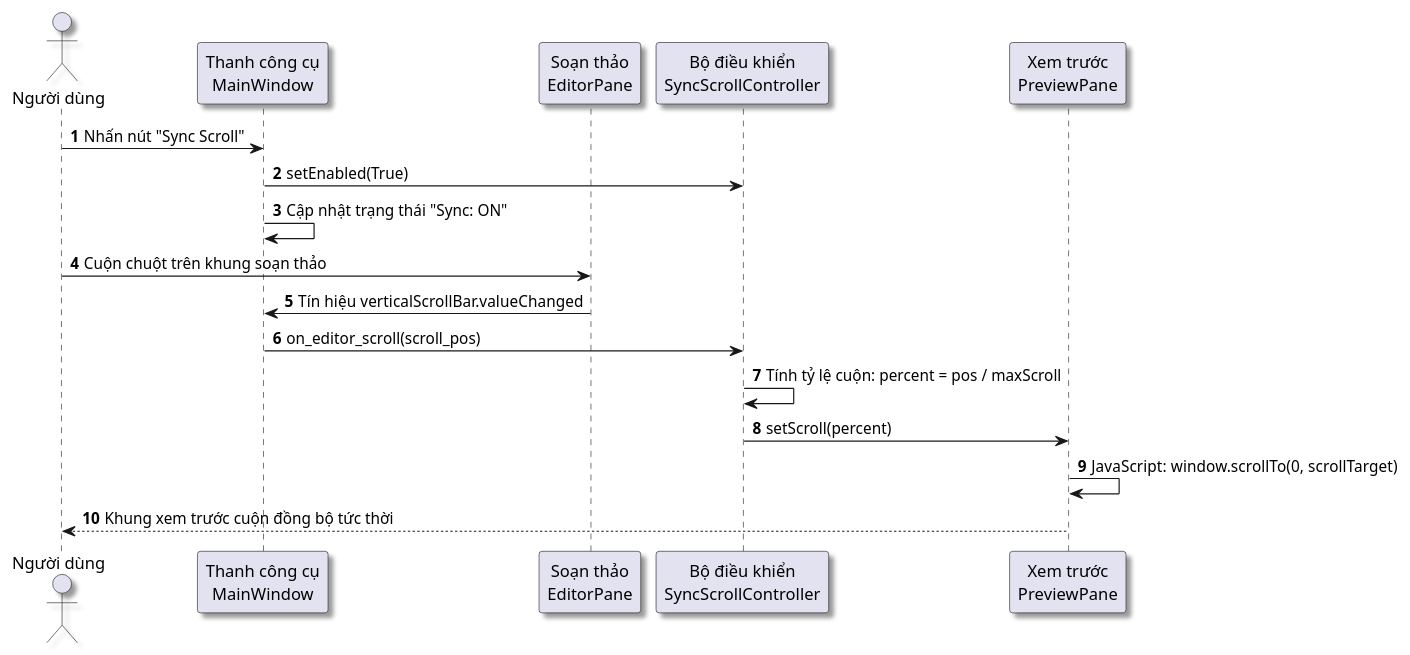
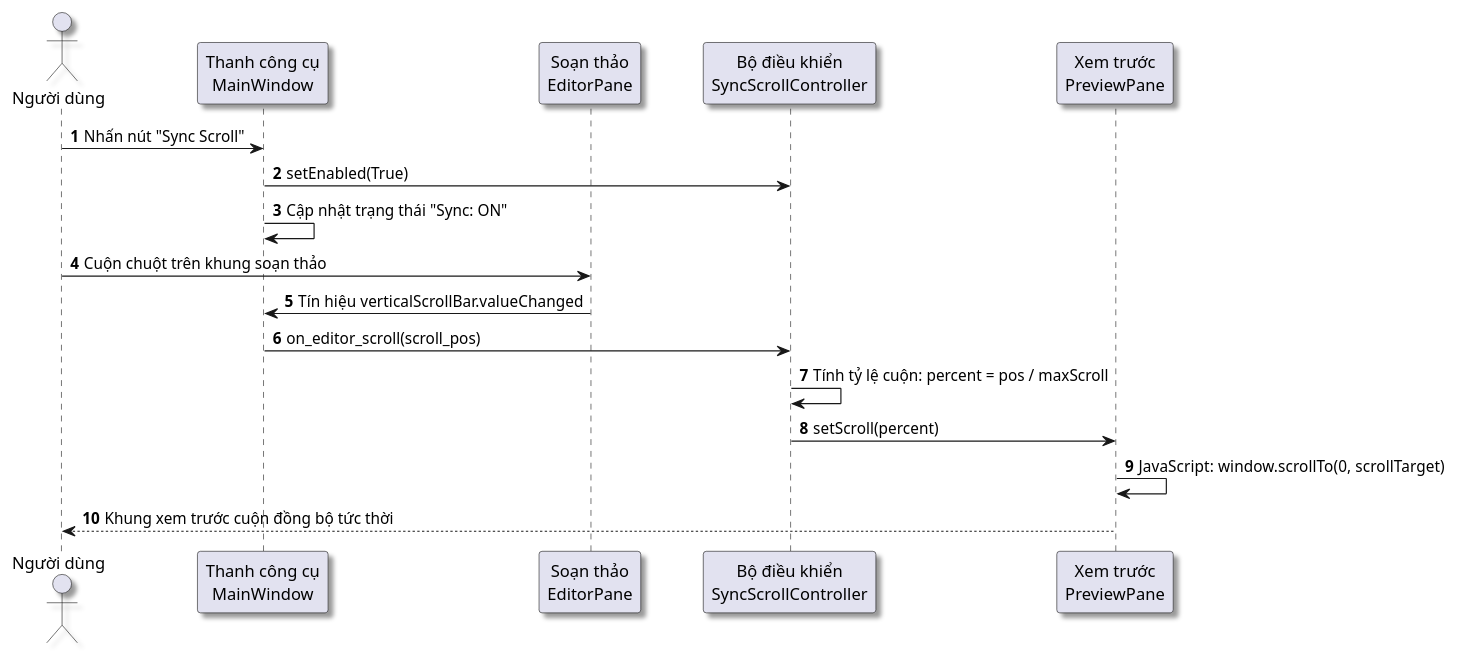
One commit to dotlinux26/marknote changed the diagram in docs/diagrams/seq_sync_scroll.puml. Above: the diagram before and after it, drawn with PlantUML. The commit also changed 27 other files, not shown here.

Commit message:
fix(diagrams): remove deprecated skinparam and resolve label collisions in ERD

```diff
--- a/docs/diagrams/seq_sync_scroll.puml
+++ b/docs/diagrams/seq_sync_scroll.puml
@@ -1,24 +1,27 @@
 @startuml
 skinparam defaultFontName "Segoe UI"
 skinparam shadowing true
+skinparam responseMessageBelowArrow true
+skinparam ParticipantPadding 20
+skinparam BoxPadding 15
 
 autonumber
 actor "Người dùng" as User
 participant "Thanh công cụ\nMainWindow" as GUI
 participant "Soạn thảo\nEditorPane" as Editor
 participant "Bộ điều khiển\nSyncScrollController" as Sync
 participant "Xem trước\nPreviewPane" as Preview
 
 User -> GUI : Nhấn nút "Sync Scroll"
 GUI -> Sync : setEnabled(True)
 GUI -> GUI : Cập nhật trạng thái "Sync: ON"
 
 User -> Editor : Cuộn chuột trên khung soạn thảo
 Editor -> GUI : Tín hiệu verticalScrollBar.valueChanged
 GUI -> Sync : on_editor_scroll(scroll_pos)
 Sync -> Sync : Tính tỷ lệ cuộn: percent = pos / maxScroll
 Sync -> Preview : setScroll(percent)
 Preview -> Preview : JavaScript: window.scrollTo(0, scrollTarget)
 Preview --> User : Khung xem trước cuộn đồng bộ tức thời
 
 @enduml
```
